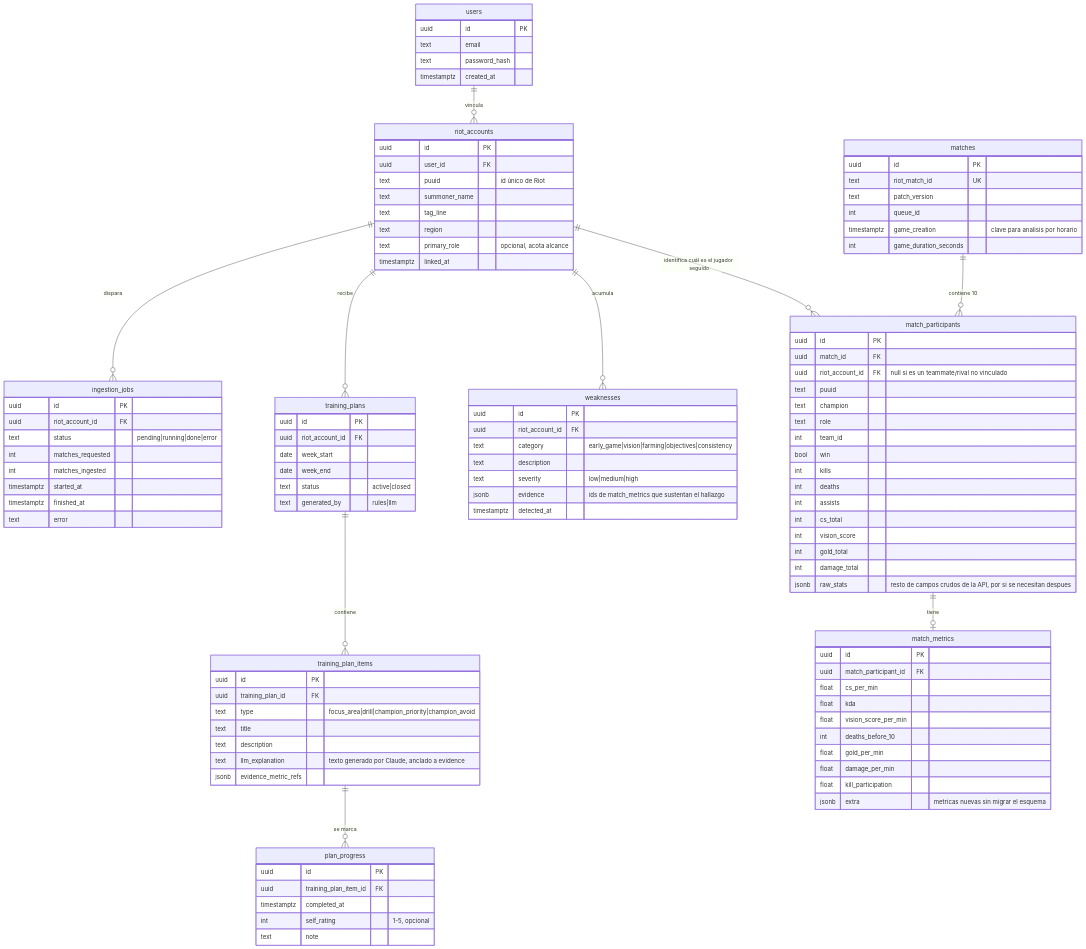
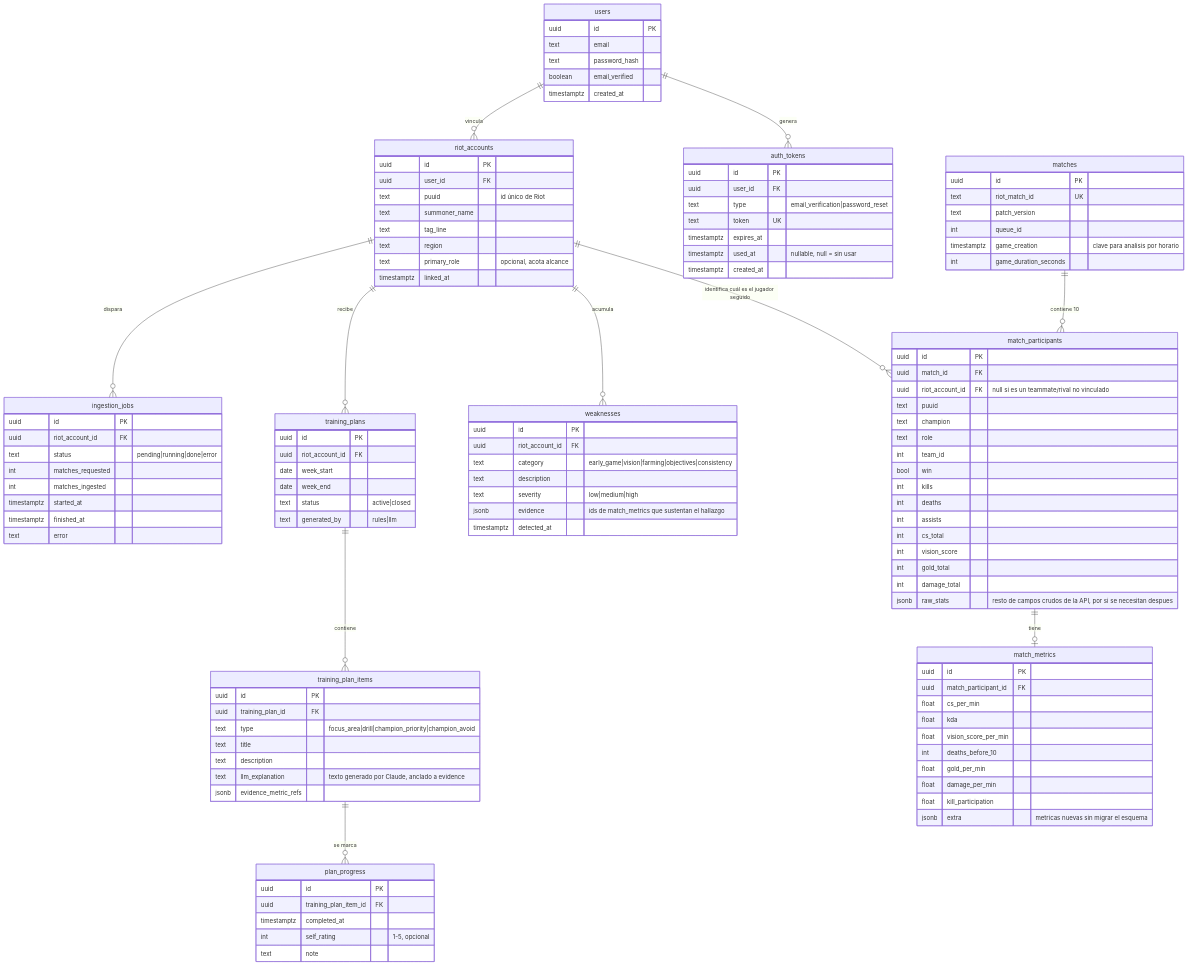
One commit to erickm13/lol-performance-coach changed the diagram in docs/modelo-entidad-relacion.md. Above: the diagram before and after it, drawn with Mermaid. The commit also changed other lines of this file and 6 other files, not shown here.

Commit message:
feat(backend): add users.email_verified and auth_tokens table

````diff
--- a/docs/modelo-entidad-relacion.md
+++ b/docs/modelo-entidad-relacion.md
@@ -7,6 +7,7 @@
 ```mermaid
 erDiagram
     users ||--o{ riot_accounts : "vincula"
+    users ||--o{ auth_tokens : "genera"
     riot_accounts ||--o{ ingestion_jobs : "dispara"
     riot_accounts ||--o{ training_plans : "recibe"
     riot_accounts ||--o{ weaknesses : "acumula"
@@ -20,6 +21,16 @@
         uuid id PK
         text email
         text password_hash
+        boolean email_verified
+        timestamptz created_at
+    }
+    auth_tokens {
+        uuid id PK
+        uuid user_id FK
+        text type "email_verification|password_reset"
+        text token UK
+        timestamptz expires_at
+        timestamptz used_at "nullable, null = sin usar"
         timestamptz created_at
     }
     riot_accounts {
````
